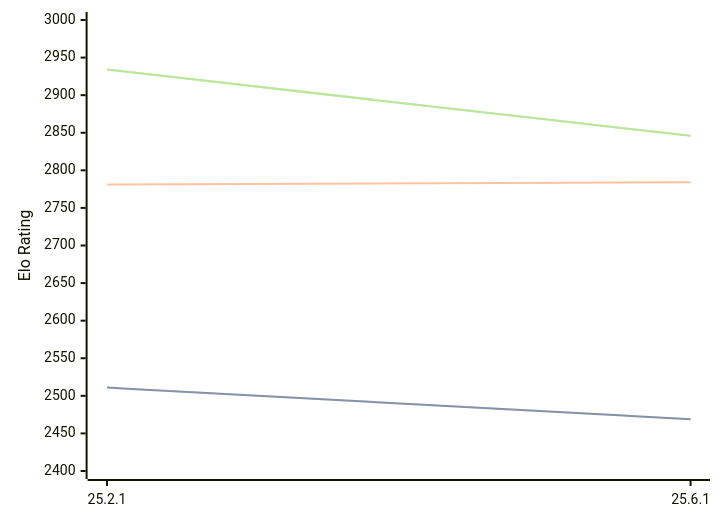
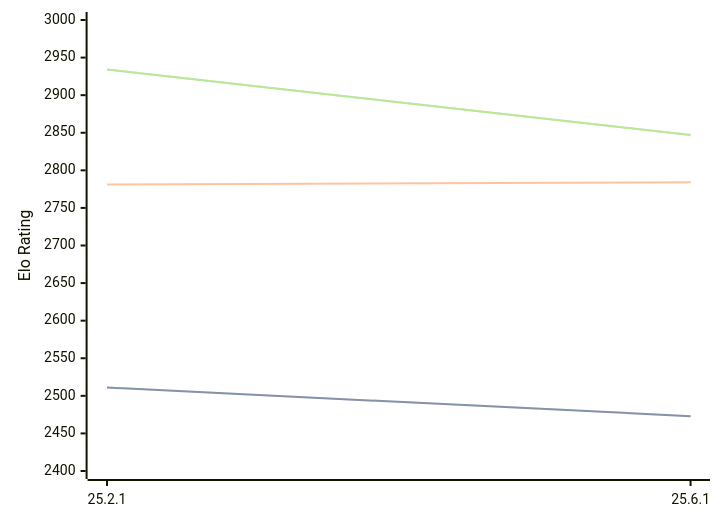
One commit to computer-chess-index/cci changed the diagram in engines/Crafty.md. Above: the diagram before and after it, drawn with Mermaid. The commit also changed other lines of this file, not shown here.

Commit message:
Update CCI Ratings (ELO VLTC) - 2026-09-11

````diff
--- a/engines/Crafty.md
+++ b/engines/Crafty.md
@@ -32,11 +32,11 @@
 ```mermaid
 %%{init: {"theme":"base","themeVariables":{"seriesColors:['#a3a3a3','#222221','#faa371']}}}%%
 xychart-beta
   x-axis ["25.2.1", "25.6.1"]
   y-axis "Elo Rating" 2400 --> 3000
-  line "" [2511, 2469]
-  line "STC (8.0+0.08s)" [2511, 2469]
+  line "" [2511, 2473]
+  line "STC (8.0+0.08s)" [2511, 2473]
   line "LTC (60.0+0.60s)" [2781, 2784]
-  line "" [2934, 2846]
-  line "VLTC (2m24s+1.12s)" [2934, 2846]
+  line "" [2934, 2847]
+  line "VLTC (2m24s+1.12s)" [2934, 2847]
 ```
````
